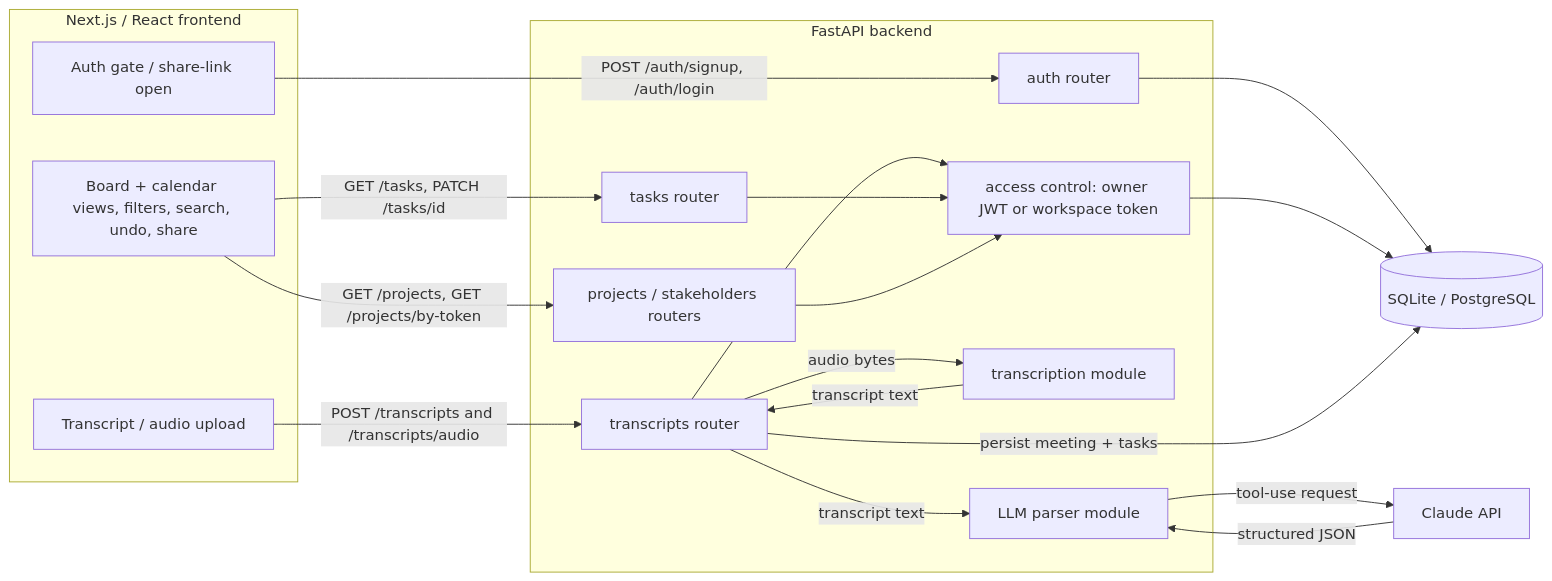
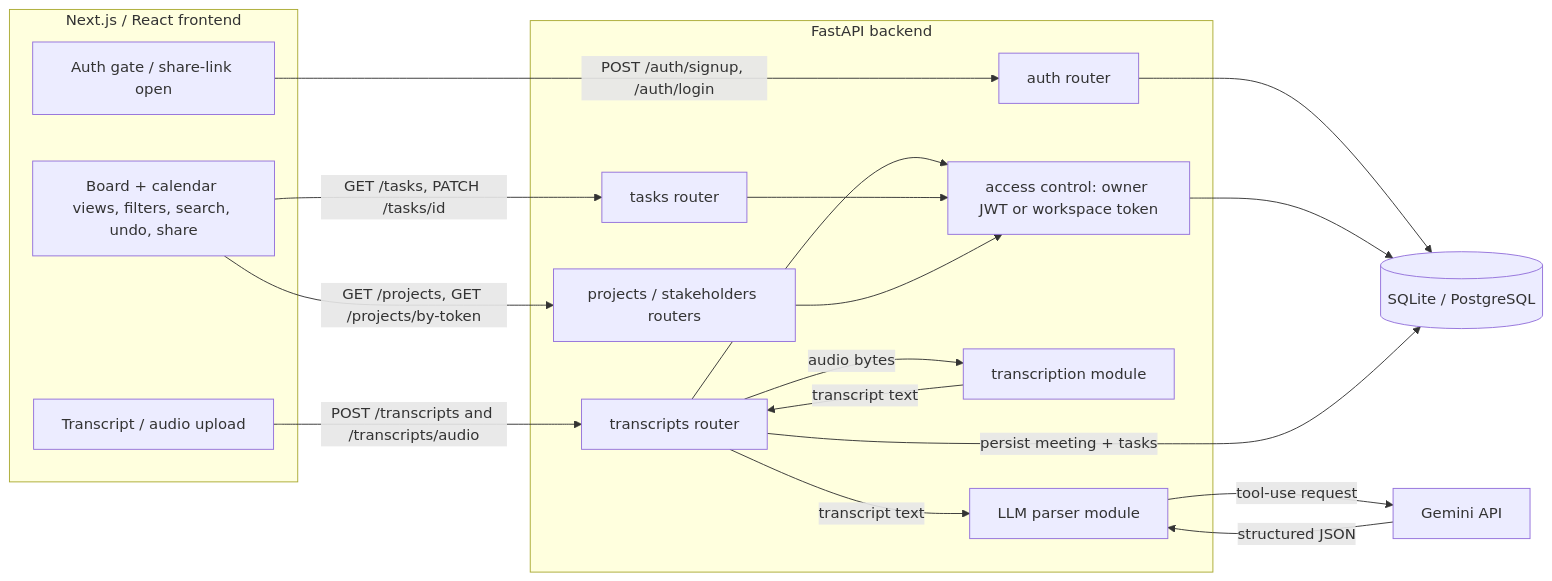
The first of 2 diagrams in docs/architecture.md (chinliong/meeting-orchestrator), drawn with Mermaid before and after one commit. The commit also changed other lines of this file and 2 other files, not shown here.

First line of the commit message:
Update README, architecture and API spec for the Gemini switch

````diff
--- a/docs/architecture.md
+++ b/docs/architecture.md
@@ -23,37 +23,37 @@
 ```mermaid
 flowchart LR
     subgraph Client[Next.js / React frontend]
         A[Auth gate / share-link open]
         U[Transcript / audio upload]
         K[Board + calendar views, filters, search, undo, share]
     end
 
     subgraph API[FastAPI backend]
         AU[auth router]
         T[transcripts router]
         TK[tasks router]
         P[projects / stakeholders routers]
         AC[access control: owner JWT or workspace token]
         W[transcription module]
         L[LLM parser module]
     end
 
     DB[(SQLite / PostgreSQL)]
-    C[Claude API]
+    C[Gemini API]
 
     A -->|POST /auth/signup, /auth/login| AU
     U -->|POST /transcripts and /transcripts/audio| T
     K -->|GET /tasks, PATCH /tasks/id| TK
     K -->|GET /projects, GET /projects/by-token| P
     AU --> DB
     T --> AC
     TK --> AC
     P --> AC
     AC --> DB
     T -->|audio bytes| W
     W -->|transcript text| T
     T -->|transcript text| L
     L -->|tool-use request| C
     C -->|structured JSON| L
     T -->|persist meeting + tasks| DB
 ```
````
